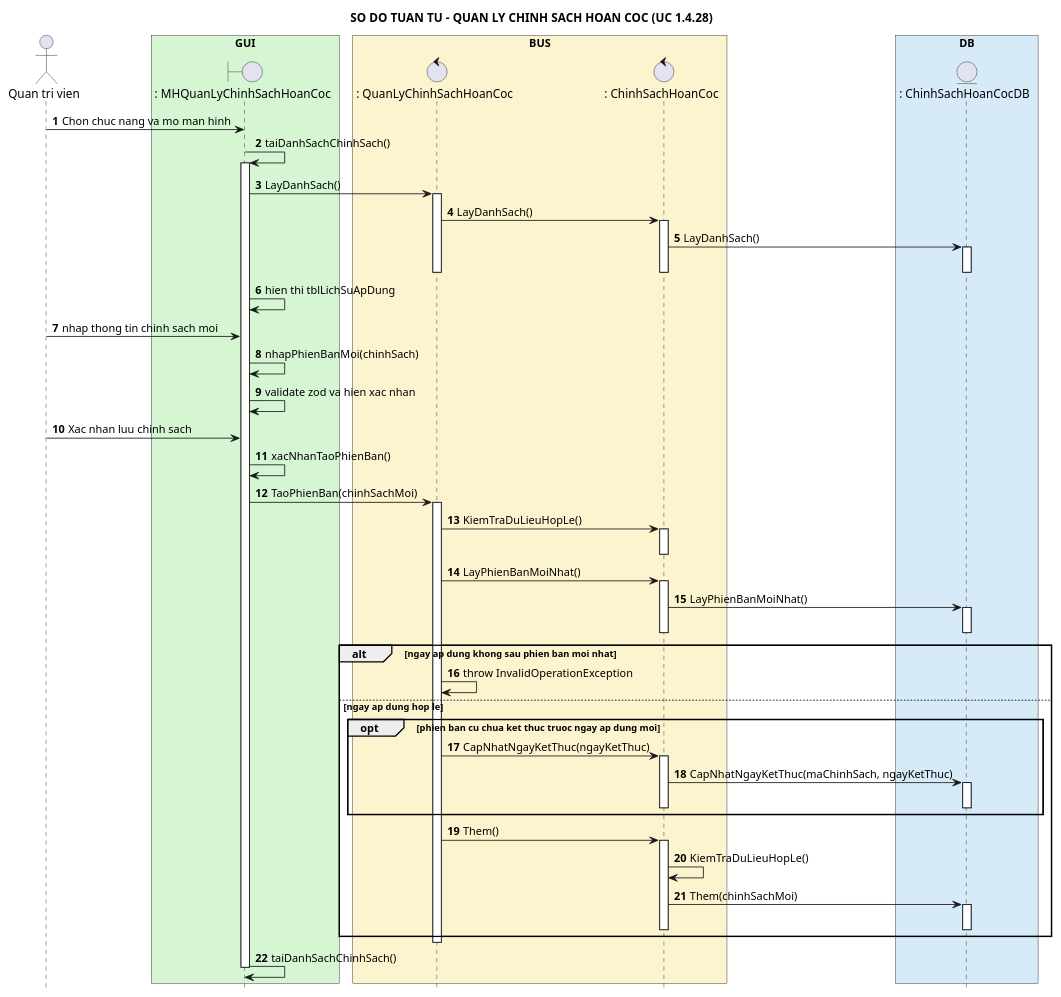
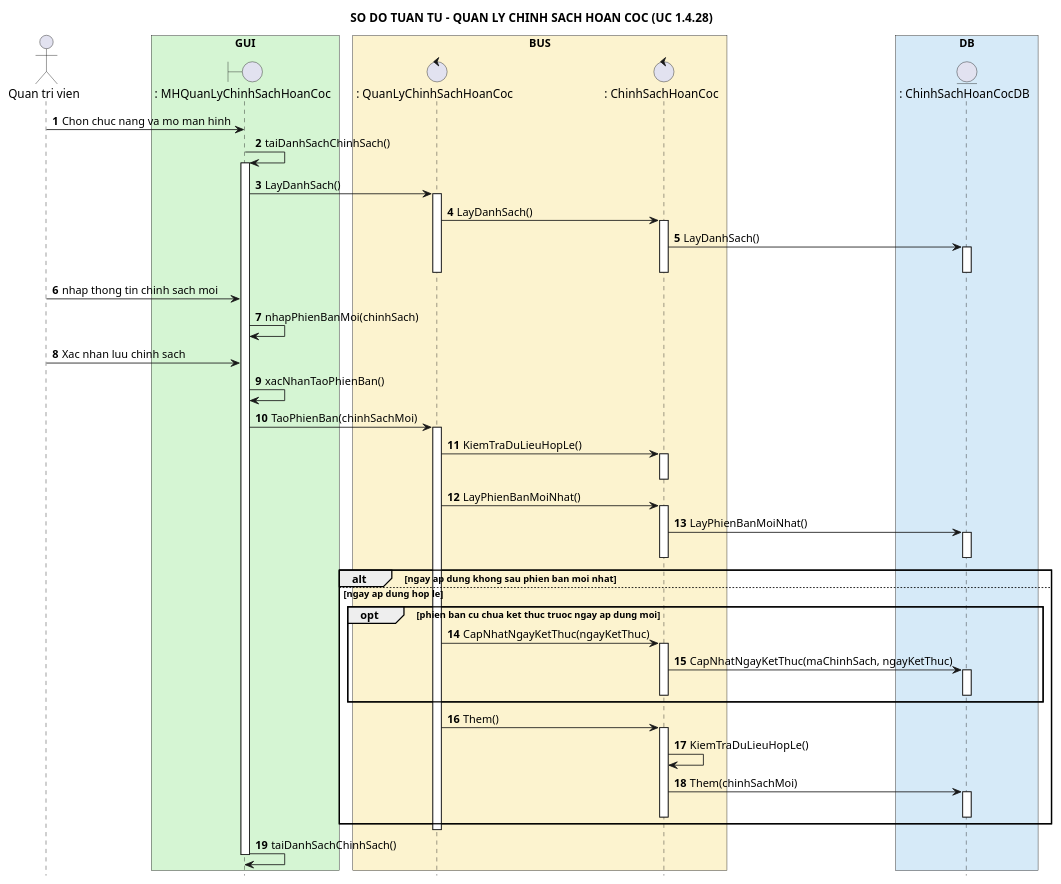
Before and after one commit to Ming1309/HomeStay-Dorm: the diagram in docs/uml/quan-ly-chinh-sach-hoan-coc-sequence.puml, drawn with PlantUML. The commit also changed 41 other files, not shown here.

Commit message:
docs(uml): synchronize class and sequence diagrams with branch scope BLL parameters

```diff
--- a/docs/uml/quan-ly-chinh-sach-hoan-coc-sequence.puml
+++ b/docs/uml/quan-ly-chinh-sach-hoan-coc-sequence.puml
@@ -1,79 +1,76 @@
 @startuml
 title SO DO TUAN TU - QUAN LY CHINH SACH HOAN COC (UC 1.4.28)
 
 hide footbox
 autonumber 1 1
 skinparam shadowing false
 
 actor "Quan tri vien" as QTV
 
 box "GUI" #D5F5D3
 boundary ": MHQuanLyChinhSachHoanCoc" as MH
 end box
 
 box "BUS" #FCF3CF
 control ": QuanLyChinhSachHoanCoc" as QLCSHC
 control ": ChinhSachHoanCoc" as CS
 end box
 
 box "DB" #D6EAF8
 entity ": ChinhSachHoanCocDB" as CSDB
 end box
 
 ' === Luong 1: Tai lich su khi mo man hinh ===
 QTV -> MH : Chon chuc nang va mo man hinh
 MH -> MH : taiDanhSachChinhSach()
 activate MH
 MH -> QLCSHC : LayDanhSach()
 activate QLCSHC
 QLCSHC -> CS : LayDanhSach()
 activate CS
 CS -> CSDB : LayDanhSach()
 activate CSDB
 deactivate CSDB
 deactivate CS
 deactivate QLCSHC
-MH -> MH : hien thi tblLichSuApDung
 
 ' === Luong 2: Tao phien ban chinh sach moi ===
 QTV -> MH : nhap thong tin chinh sach moi
 MH -> MH : nhapPhienBanMoi(chinhSach)
-MH -> MH : validate zod va hien xac nhan
 QTV -> MH : Xac nhan luu chinh sach
 MH -> MH : xacNhanTaoPhienBan()
 MH -> QLCSHC : TaoPhienBan(chinhSachMoi)
 activate QLCSHC
 QLCSHC -> CS : KiemTraDuLieuHopLe()
 activate CS
 deactivate CS
 QLCSHC -> CS : LayPhienBanMoiNhat()
 activate CS
 CS -> CSDB : LayPhienBanMoiNhat()
 activate CSDB
 deactivate CSDB
 deactivate CS
 
 alt ngay ap dung khong sau phien ban moi nhat
-  QLCSHC -> QLCSHC : throw InvalidOperationException
 else ngay ap dung hop le
   opt phien ban cu chua ket thuc truoc ngay ap dung moi
     QLCSHC -> CS : CapNhatNgayKetThuc(ngayKetThuc)
     activate CS
     CS -> CSDB : CapNhatNgayKetThuc(maChinhSach, ngayKetThuc)
     activate CSDB
     deactivate CSDB
     deactivate CS
   end
   QLCSHC -> CS : Them()
   activate CS
   CS -> CS : KiemTraDuLieuHopLe()
   CS -> CSDB : Them(chinhSachMoi)
   activate CSDB
   deactivate CSDB
   deactivate CS
 end
 deactivate QLCSHC
 MH -> MH : taiDanhSachChinhSach()
 deactivate MH
 
 @enduml
```
